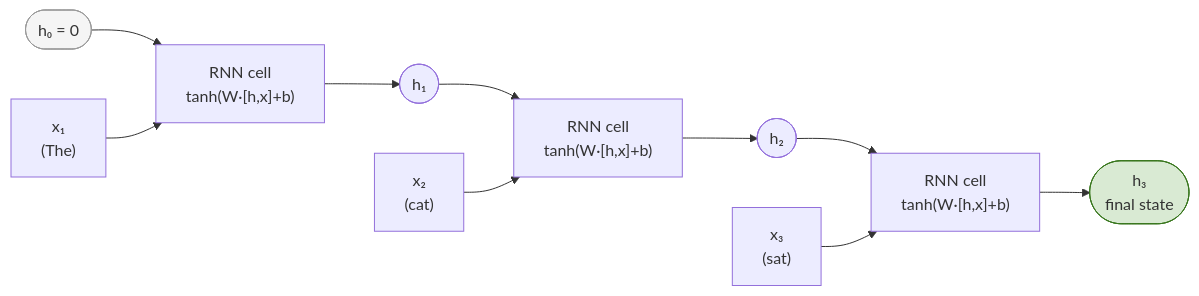
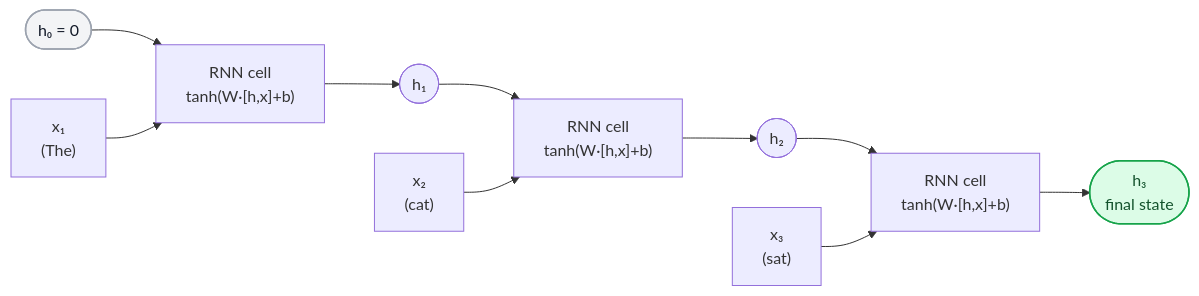
The first of 6 diagrams in transformers_basics/00_Foundations_and_Pre_Transformers/00a_RNN_Era_and_Attention.md (vushesh-008/Building_LLM_from_scratch), drawn with Mermaid before and after one commit. The commit also changed other lines of this file, not shown here.

Commit message:
docs: clarify RNN parameter sharing, BPTT accumulation, and dark mode diagram contrast in 00a

````diff
--- a/transformers_basics/00_Foundations_and_Pre_Transformers/00a_RNN_Era_and_Attention.md
+++ b/transformers_basics/00_Foundations_and_Pre_Transformers/00a_RNN_Era_and_Attention.md
@@ -58,17 +58,17 @@
 ```mermaid
 flowchart LR
     h0(["h₀ = 0"]) --> RNN1
     x1["x₁\n(The)"] --> RNN1["RNN cell\n tanh(W·[h,x]+b)"]
     RNN1 --> h1(["h₁"])
 
     h1 --> RNN2
     x2["x₂\n(cat)"] --> RNN2["RNN cell\n tanh(W·[h,x]+b)"]
     RNN2 --> h2(["h₂"])
 
     h2 --> RNN3
     x3["x₃\n(sat)"] --> RNN3["RNN cell\n tanh(W·[h,x]+b)"]
     RNN3 --> h3(["h₃\n final state"])
 
-    style h0 fill:#f5f5f5,stroke:#999
-    style h3 fill:#d9ead3,stroke:#38761d
+    style h0 fill:#f3f4f6,stroke:#9ca3af,stroke-width:1.5px,color:#111827
+    style h3 fill:#dcfce7,stroke:#16a34a,stroke-width:1.5px,color:#14532d
 ```
````
